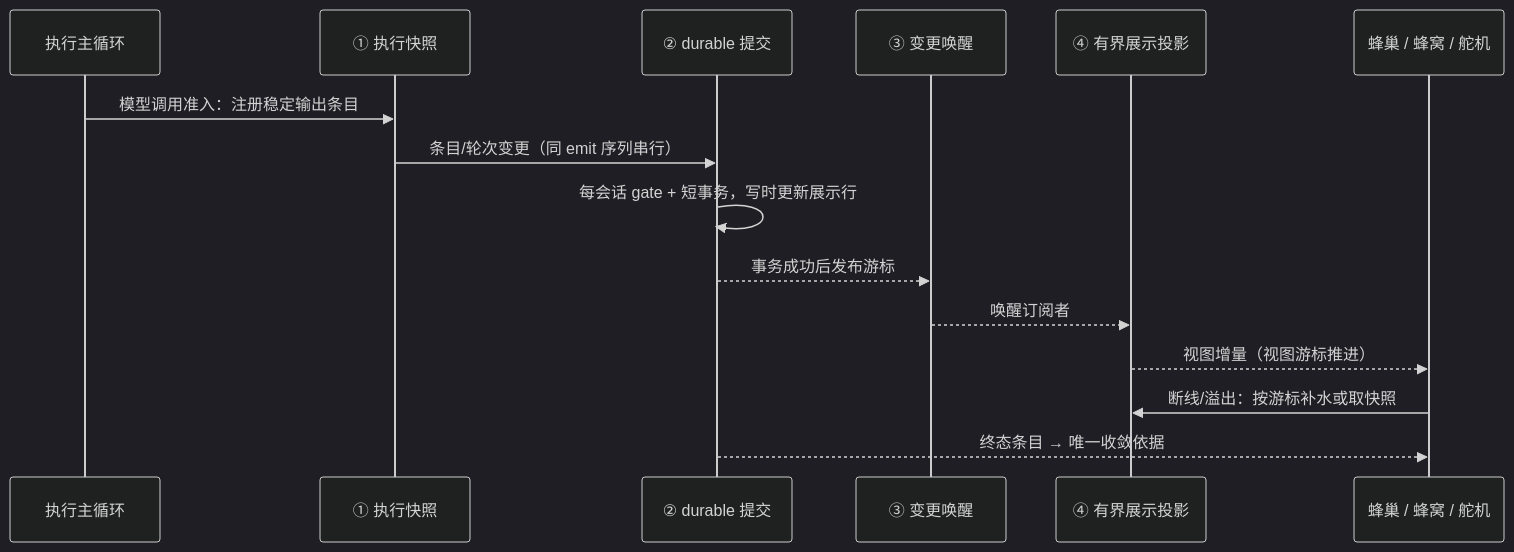
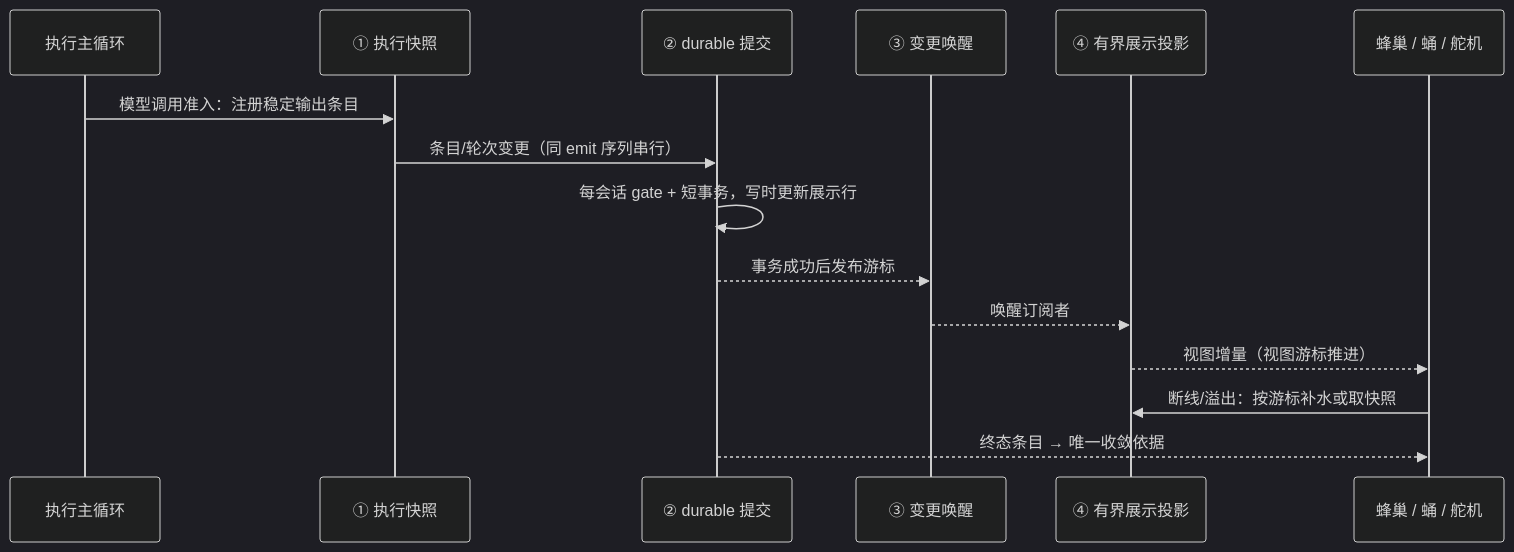
One commit to ylsdamxssjxxdd/wunder changed the diagram in docs/设计文档/03-实时投影系统设计.md. Above: the diagram before and after it, drawn with Mermaid (dark theme). The commit also changed other lines of this file and 324 other files, not shown here.

````diff
--- a/docs/设计文档/03-实时投影系统设计.md
+++ b/docs/设计文档/03-实时投影系统设计.md
@@ -69,18 +69,18 @@
 ```mermaid
 sequenceDiagram
   participant Exec as 执行主循环
   participant Snap as ① 执行快照
   participant Commit as ② durable 提交
   participant Hub as ③ 变更唤醒
   participant View as ④ 有界展示投影
-  participant Client as 蜂巢 / 蜂窝 / 舵机
+  participant Client as 蜂巢 / 蛹 / 舵机
 
   Exec->>Snap: 模型调用准入：注册稳定输出条目
   Snap->>Commit: 条目/轮次变更（同 emit 序列串行）
   Commit->>Commit: 每会话 gate + 短事务，写时更新展示行
   Commit-->>Hub: 事务成功后发布游标
   Hub-->>View: 唤醒订阅者
   View-->>Client: 视图增量（视图游标推进）
   Client->>View: 断线/溢出：按游标补水或取快照
   Commit-->>Client: 终态条目 → 唯一收敛依据
 ```
````
